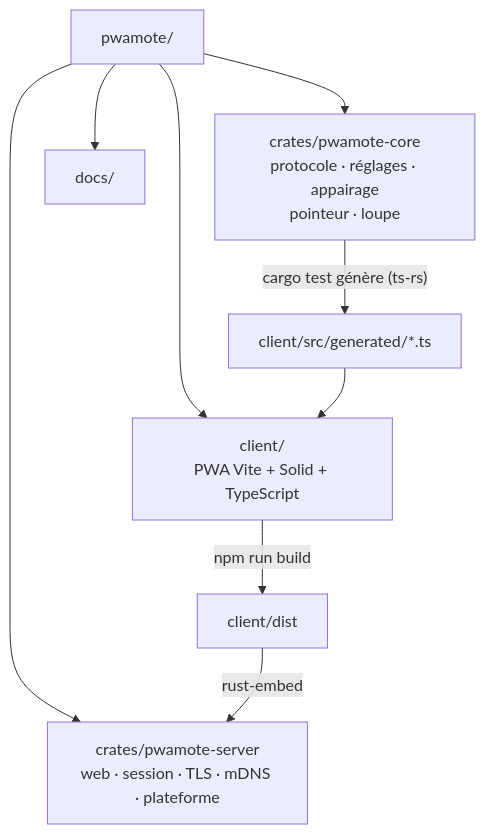
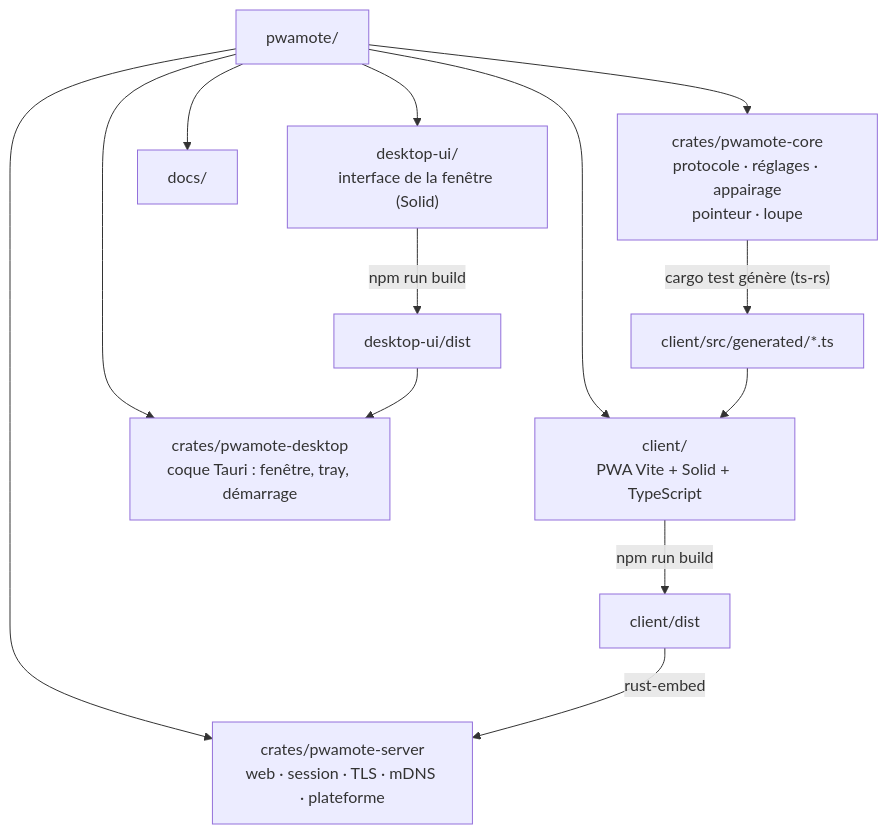
The fifth of 11 diagrams in docs/architecture.md (wardensfx/pwamote), drawn with Mermaid before and after one commit. The commit also changed other lines of this file and 32 other files, not shown here.

First line of the commit message:
feat(desktop): application de bureau Tauri (fenêtre, barre système, démarrage avec Windows)

````diff
--- a/docs/architecture.md
+++ b/docs/architecture.md
@@ -44,11 +107,15 @@
 ```mermaid
 flowchart TD
   R["pwamote/"] --> C["crates/pwamote-core<br/>protocole · réglages · appairage<br/>pointeur · loupe"]
   R --> S["crates/pwamote-server<br/>web · session · TLS · mDNS · plateforme"]
   R --> CL["client/<br/>PWA Vite + Solid + TypeScript"]
+  R --> DE["crates/pwamote-desktop<br/>coque Tauri : fenêtre, tray, démarrage"]
+  R --> DU["desktop-ui/<br/>interface de la fenêtre (Solid)"]
+  DU -- "npm run build" --> DUD["desktop-ui/dist"]
+  DUD --> DE
   R --> D["docs/"]
   C -- "cargo test génère (ts-rs)" --> G["client/src/generated/*.ts"]
   G --> CL
   CL -- "npm run build" --> DIST["client/dist"]
   DIST -- "rust-embed" --> S
 ```
````
